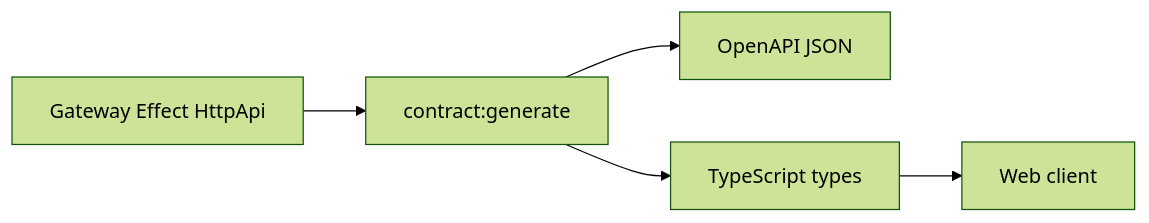
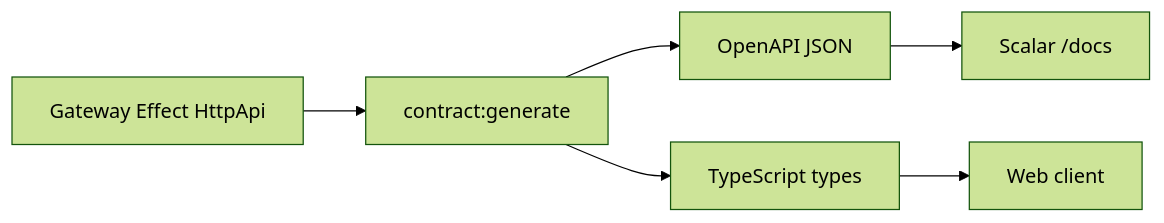
One commit to r4ai/news-podcast changed the second of 4 diagrams in docs/development.md. Above: the diagram before and after it, drawn with Mermaid (forest theme). The commit also changed other lines of this file and 8 other files, not shown here.

````diff
--- a/docs/development.md
+++ b/docs/development.md
@@ -123,7 +123,8 @@
 ```mermaid
 flowchart LR
   Contract["Gateway Effect HttpApi"] --> Generate["contract:generate"]
   Generate --> Json["OpenAPI JSON"]
   Generate --> Types["TypeScript types"]
   Types --> Web["Web client"]
+  Json --> Scalar["Scalar /docs"]
 ```
````
